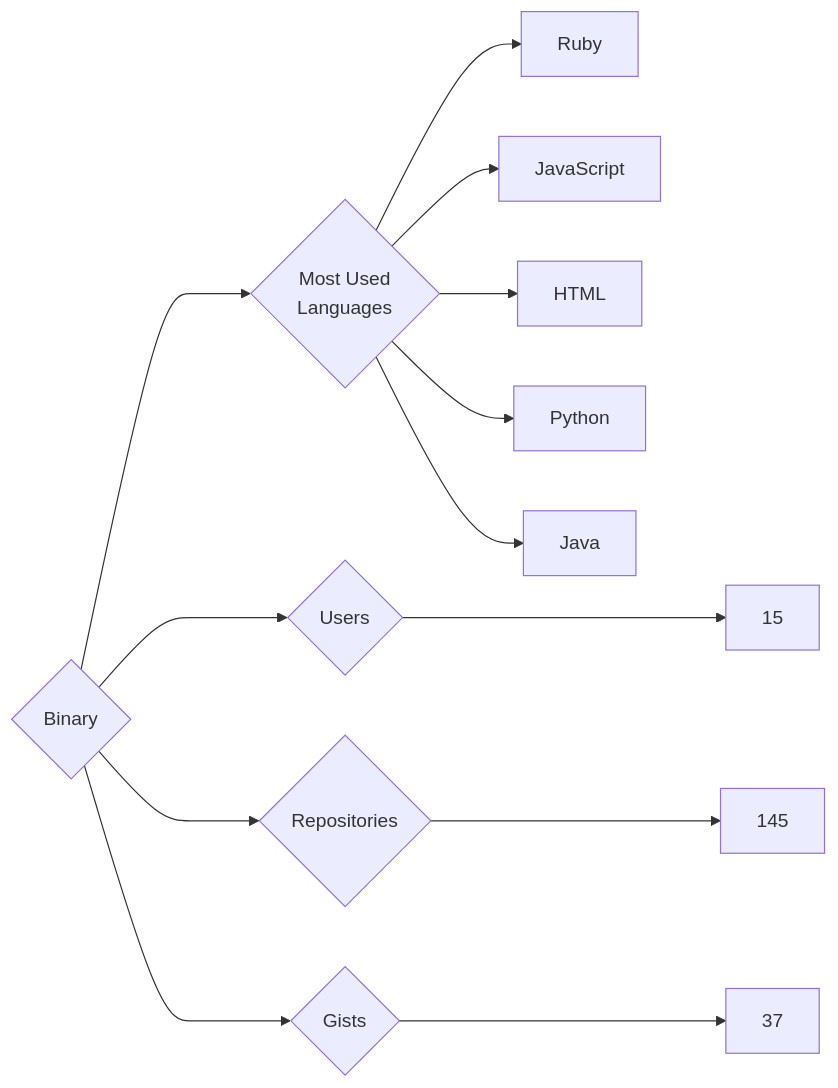
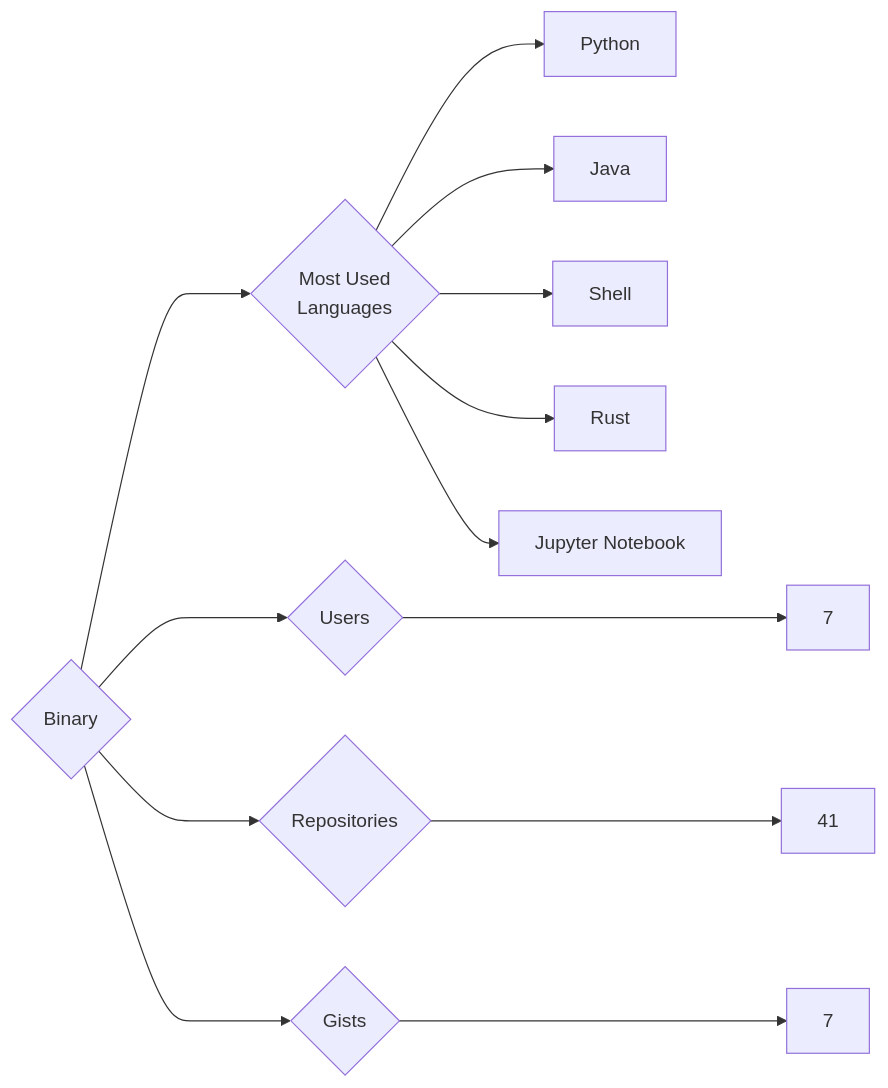
One commit to trickest/insiders changed the diagram in targets/Binary/README.md. Above: the diagram before and after it, drawn with Mermaid. The commit also changed 1195 other files, not shown here.

````diff
--- a/targets/Binary/README.md
+++ b/targets/Binary/README.md
@@ -3,13 +3,13 @@
 ```mermaid
 graph LR
 COMPANY_NAME{Binary}
-COMPANY_NAME ---> U{Users} ---> UN[15]
-COMPANY_NAME ---> R{Repositories} ---> RN[145]
-COMPANY_NAME ---> G{Gists} ---> GN[37]
+COMPANY_NAME ---> U{Users} ---> UN[7]
+COMPANY_NAME ---> R{Repositories} ---> RN[41]
+COMPANY_NAME ---> G{Gists} ---> GN[7]
 COMPANY_NAME ---> ML{Most Used<br>Languages}
-ML --> Ruby[Ruby]
-ML --> JavaScript[JavaScript]
-ML --> HTML[HTML]
 ML --> Python[Python]
 ML --> Java[Java]
+ML --> Shell[Shell]
+ML --> Rust[Rust]
+ML --> Jupyter_Notebook[Jupyter Notebook]
 ```
````
